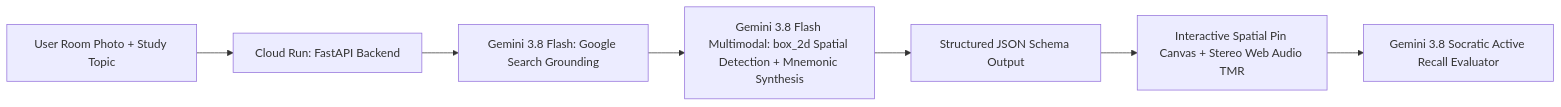
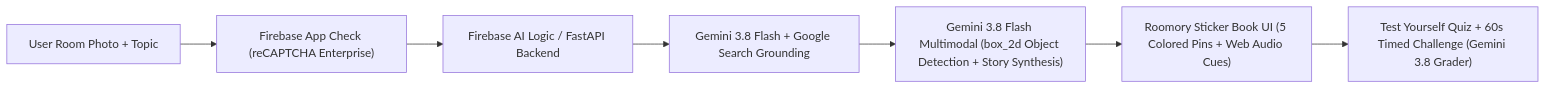
One commit to zurvaaziz56/spatial-memory-ai changed the diagram in README.md. Above: the diagram before and after it, drawn with Mermaid. The commit also changed other lines of this file, not shown here.

Commit message:
Update README for Roomory submission

````diff
--- a/README.md
+++ b/README.md
@@ -19,9 +28,9 @@
 ```mermaid
-graph LR
-    A[User Room Photo + Study Topic] --> B[Cloud Run: FastAPI Backend]
-    B --> C[Gemini 3.8 Flash: Google Search Grounding]
-    C --> D[Gemini 3.8 Flash Multimodal: box_2d Spatial Detection + Mnemonic Synthesis]
-    D --> E[Structured JSON Schema Output]
-    E --> F[Interactive Spatial Pin Canvas + Stereo Web Audio TMR]
-    F --> G[Gemini 3.8 Socratic Active Recall Evaluator]
+flowchart LR
+    A["User Room Photo + Topic"] --> B["Firebase App Check (reCAPTCHA Enterprise)"]
+    B --> C["Firebase AI Logic / FastAPI Backend"]
+    C --> D["Gemini 3.8 Flash + Google Search Grounding"]
+    D --> E["Gemini 3.8 Flash Multimodal (box_2d Object Detection + Story Synthesis)"]
+    E --> F["Roomory Sticker Book UI (5 Colored Pins + Web Audio Cues)"]
+    F --> G["Test Yourself Quiz + 60s Timed Challenge (Gemini 3.8 Grader)"]
 ```
````
